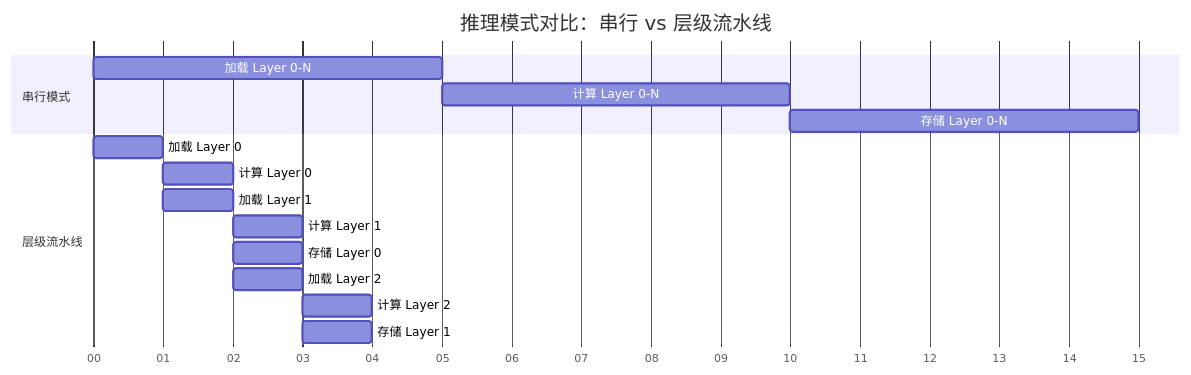
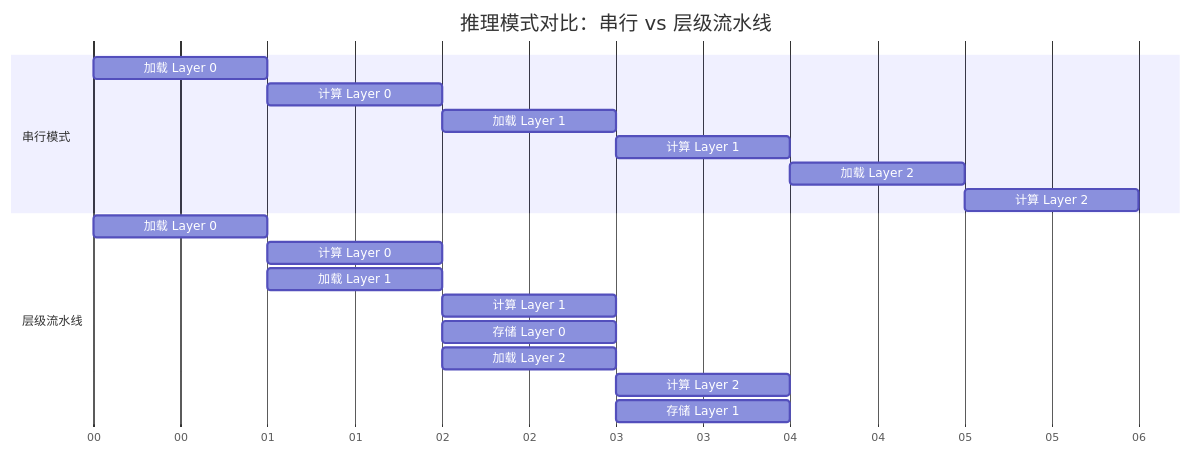
The diagram in 09_inference_system/kv_cache/advanced_techniques/layerwise_pipeline.md (ForceInjection/AI-fundamentals), drawn with Mermaid before and after one commit. The commit also changed other lines of this file, not shown here.

Commit message:
docs(kv-cache): refine layer-wise pipeline concepts and add quantitative estimation

````diff
--- a/09_inference_system/kv_cache/advanced_techniques/layerwise_pipeline.md
+++ b/09_inference_system/kv_cache/advanced_techniques/layerwise_pipeline.md
@@ -25,21 +25,24 @@
 ```mermaid
 gantt
     dateFormat  s
     axisFormat  %S
     title 推理模式对比：串行 vs 层级流水线
 
     section 串行模式
-    加载 Layer 0-N     :a1, 0, 5s
-    计算 Layer 0-N     :a2, after a1, 5s
-    存储 Layer 0-N     :a3, after a2, 5s
+    加载 Layer 0       :a1, 0, 1s
+    计算 Layer 0       :a2, after a1, 1s
+    加载 Layer 1       :a3, after a2, 1s
+    计算 Layer 1       :a4, after a3, 1s
+    加载 Layer 2       :a5, after a4, 1s
+    计算 Layer 2       :a6, after a5, 1s
 
     section 层级流水线
     加载 Layer 0       :b1, 0, 1s
     计算 Layer 0       :b2, after b1, 1s
     加载 Layer 1       :b3, 1, 1s
     计算 Layer 1       :b4, after b2, 1s
     存储 Layer 0       :b5, after b2, 1s
     加载 Layer 2       :b6, 2, 1s
     计算 Layer 2       :b7, after b4, 1s
     存储 Layer 1       :b8, after b4, 1s
 ```
````
